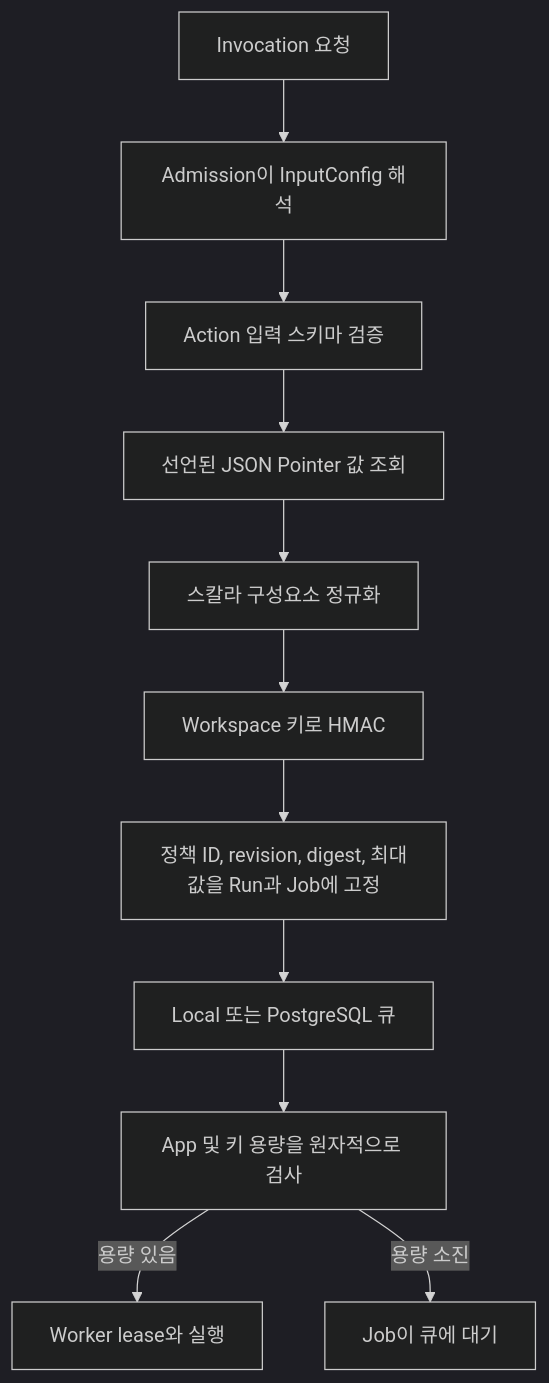
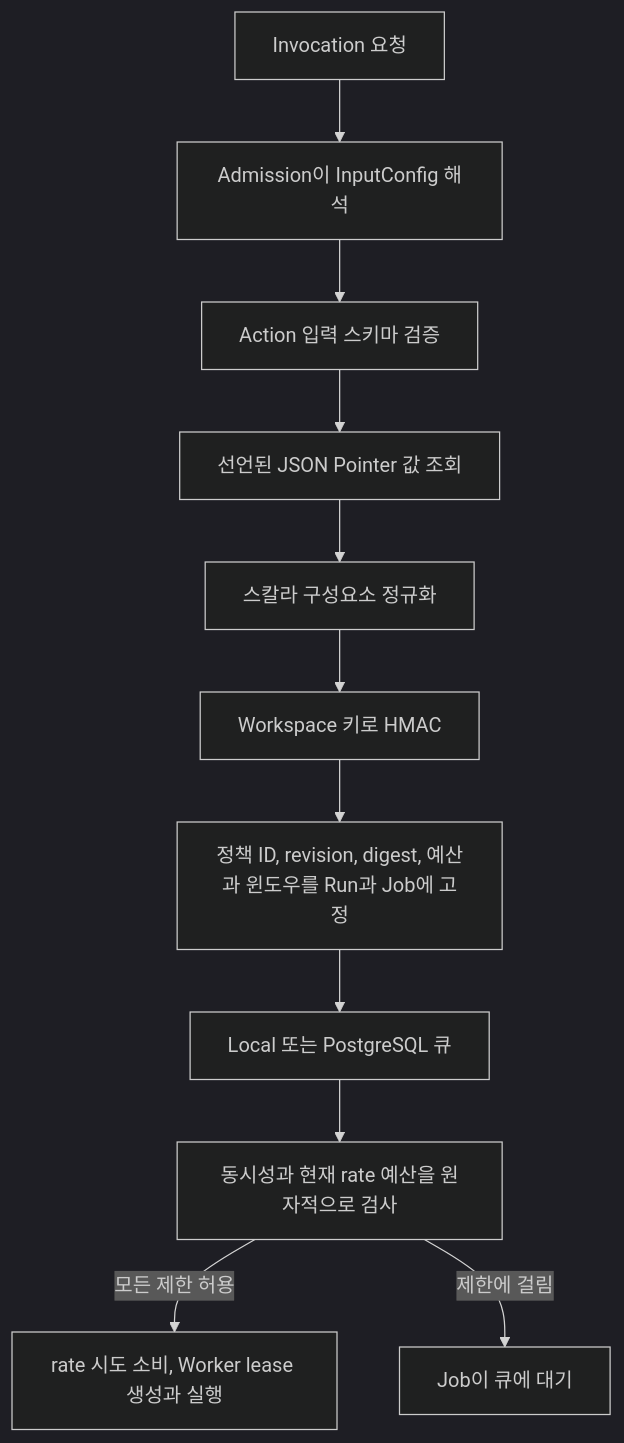
The diagram in docs/ko/concepts/execution-limits.md (imprun/windforce-core), drawn with Mermaid (dark theme) before and after one commit. The commit also changed other lines of this file and 38 other files, not shown here.

````diff
--- a/docs/ko/concepts/execution-limits.md
+++ b/docs/ko/concepts/execution-limits.md
@@ -49,13 +59,13 @@
 ```mermaid
 flowchart TD
     A["Invocation 요청"] --> B["Admission이 InputConfig 해석"]
     B --> C["Action 입력 스키마 검증"]
     C --> D["선언된 JSON Pointer 값 조회"]
     D --> E["스칼라 구성요소 정규화"]
     E --> F["Workspace 키로 HMAC"]
-    F --> G["정책 ID, revision, digest, 최대값을 Run과 Job에 고정"]
+    F --> G["정책 ID, revision, digest, 예산과 윈도우를 Run과 Job에 고정"]
     G --> H["Local 또는 PostgreSQL 큐"]
-    H --> I["App 및 키 용량을 원자적으로 검사"]
-    I -->|"용량 있음"| J["Worker lease와 실행"]
-    I -->|"용량 소진"| K["Job이 큐에 대기"]
+    H --> I["동시성과 현재 rate 예산을 원자적으로 검사"]
+    I -->|"모든 제한 허용"| J["rate 시도 소비, Worker lease 생성과 실행"]
+    I -->|"제한에 걸림"| K["Job이 큐에 대기"]
 ```
````
